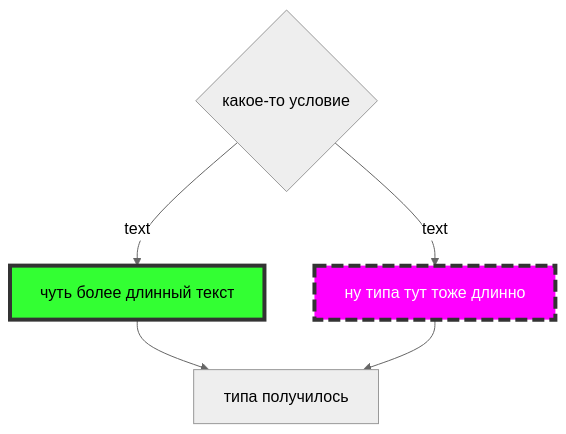
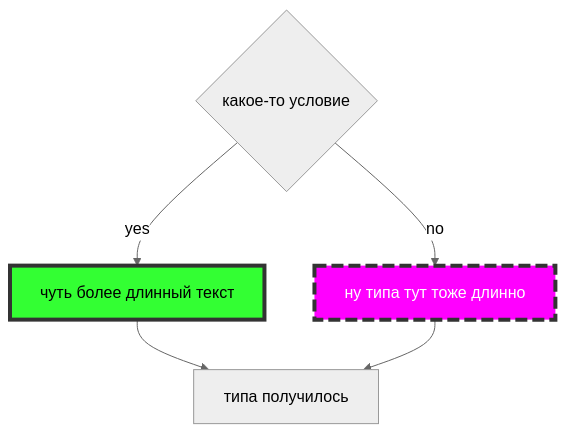
Before and after one commit to SofiiaBobr5565/Mermaid_syntax_hints_for_md: the sixth of 7 diagrams in README.md, drawn with Mermaid (neutral theme).

````diff
--- a/README.md
+++ b/README.md
@@ -63,6 +63,8 @@
 ```mermaid
 flowchart TB
-style id1 fill:#3f3,stroke:#333,stroke-width:4px
-style id2 fill:#FF00FF,stroke:#333,stroke-width:4px,color:#fff,stroke-dasharray: 12 5
-node8{какое-то условие}--> |text|id1["чуть более длинный текст"] & id2["ну типа тут тоже длинно"]--> id3["типа получилось"]
+style i1 fill:#3f3,stroke:#333,stroke-width:4px
+style i2 fill:#FF00FF,stroke:#333,stroke-width:4px,color:#fff,stroke-dasharray: 12 5
+b{какое-то условие}
+b--> |yes|i1["чуть более длинный текст"]--> i3["типа получилось"]
+b--> |no|i2["ну типа тут тоже длинно"]--> i3
 ```
````
